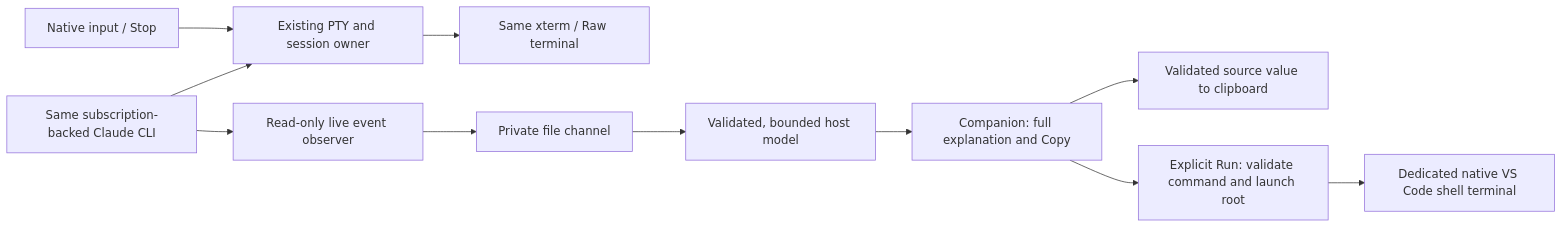
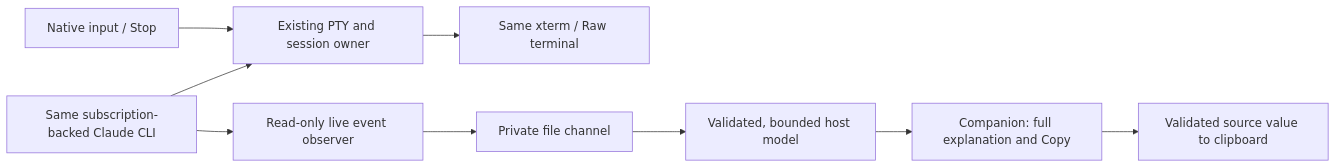
Before and after one commit to glitchwerks/vscode-claude-workspaces: the diagram in docs/designs/215/design_draft.md, drawn with Mermaid. The commit also changed other lines of this file and 5 other files, not shown here.

````diff
--- a/docs/designs/215/design_draft.md
+++ b/docs/designs/215/design_draft.md
@@ -62,13 +61,11 @@
 ```mermaid
 flowchart LR
   CLI[Same subscription-backed Claude CLI] --> PTY[Existing PTY and session owner]
   PTY --> RAW[Same xterm / Raw terminal]
   CLI --> MOD[Read-only live event observer]
   MOD --> CHANNEL[Private file channel]
   CHANNEL --> MODEL[Validated, bounded host model]
   MODEL --> VIEW[Companion: full explanation and Copy]
   VIEW --> COPY[Validated source value to clipboard]
-  VIEW --> RUN[Explicit Run: validate command and launch root]
-  RUN --> SHELL[Dedicated native VS Code shell terminal]
   STOP[Native input / Stop] --> PTY
 ```
````
